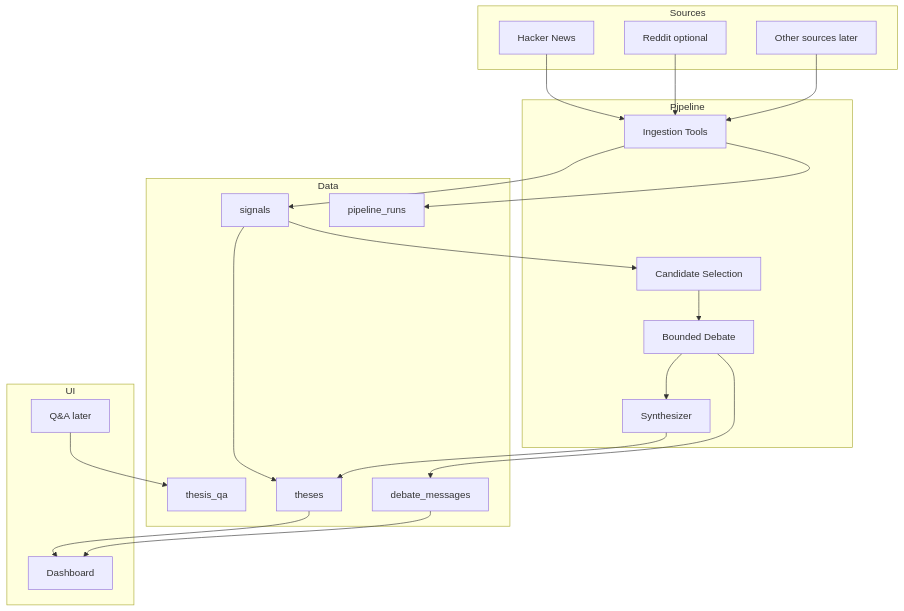
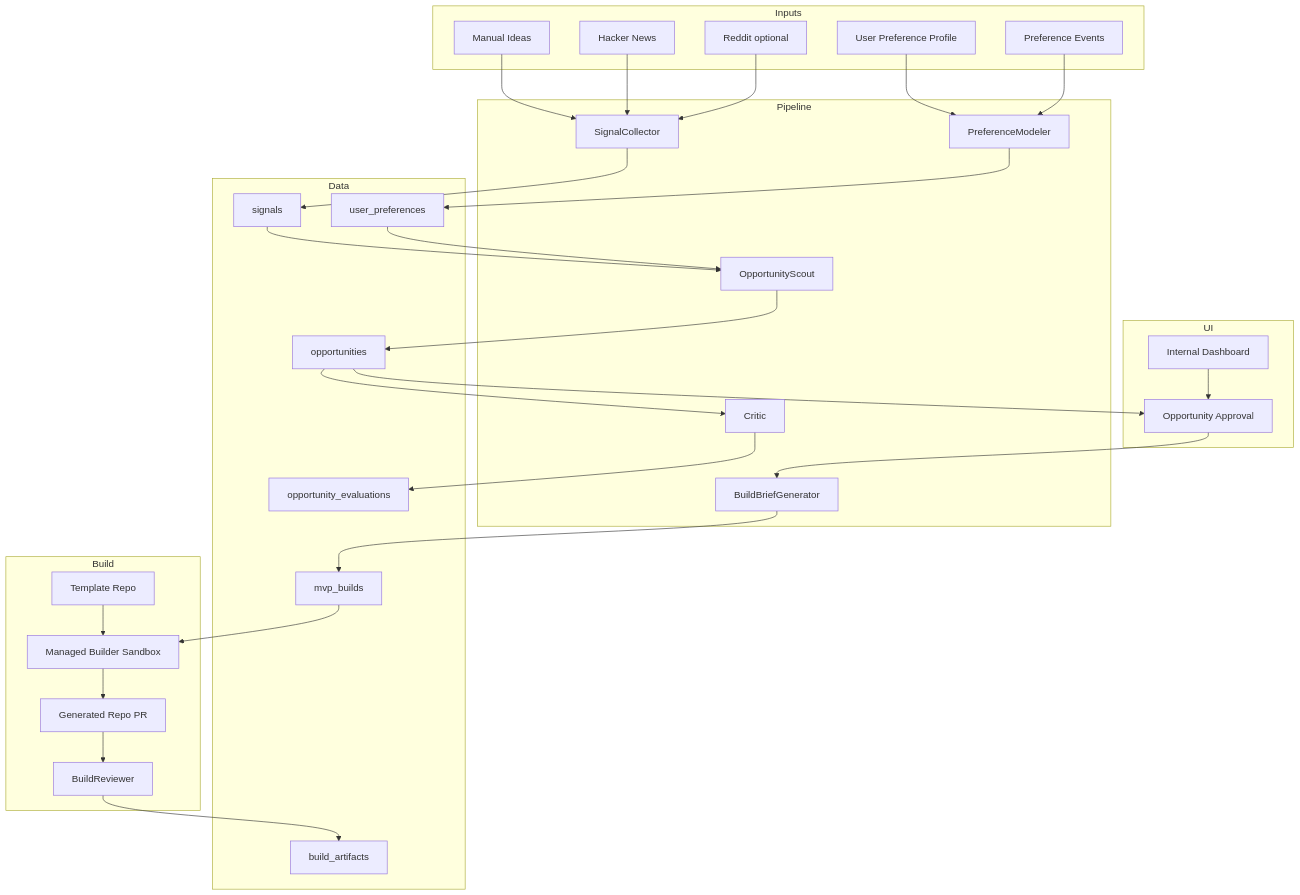
Before and after one commit to nadavital/Forge: the diagram in docs/ARCHITECTURE.md, drawn with Mermaid. The commit also changed other lines of this file and 8 other files, not shown here.

Commit message:
Pivot docs to MVP builder

````diff
--- a/docs/ARCHITECTURE.md
+++ b/docs/ARCHITECTURE.md
@@ -13,43 +14,61 @@
 ```mermaid
 flowchart TB
-    subgraph Sources
+    subgraph Inputs
+        Manual["Manual Ideas"]
         HN["Hacker News"]
         RD["Reddit optional"]
-        Other["Other sources later"]
+        Profile["User Preference Profile"]
+        Events["Preference Events"]
     end
 
     subgraph Pipeline
-        Ingest["Ingestion Tools"]
-        Select["Candidate Selection"]
-        Debate["Bounded Debate"]
-        Synth["Synthesizer"]
+        Collect["SignalCollector"]
+        Model["PreferenceModeler"]
+        Scout["OpportunityScout"]
+        Critic["Critic"]
+        Brief["BuildBriefGenerator"]
     end
 
     subgraph Data
-        Runs["pipeline_runs"]
+        Prefs["user_preferences"]
         Signals["signals"]
-        Theses["theses"]
-        Messages["debate_messages"]
-        QA["thesis_qa"]
+        Opps["opportunities"]
+        Evals["opportunity_evaluations"]
+        Builds["mvp_builds"]
+        Artifacts["build_artifacts"]
+    end
+
+    subgraph Build
+        Template["Template Repo"]
+        Sandbox["Managed Builder Sandbox"]
+        PR["Generated Repo PR"]
+        Review["BuildReviewer"]
     end
 
     subgraph UI
-        Dashboard["Dashboard"]
-        Ask["Q&A later"]
+        Dashboard["Internal Dashboard"]
+        Approval["Opportunity Approval"]
     end
 
-    HN --> Ingest
-    RD --> Ingest
-    Other --> Ingest
-    Ingest --> Runs
-    Ingest --> Signals
-    Signals --> Select
-    Select --> Debate
-    Debate --> Messages
-    Debate --> Synth
-    Synth --> Theses
-    Signals --> Theses
-    Theses --> Dashboard
-    Messages --> Dashboard
-    Ask --> QA
+    Manual --> Collect
+    HN --> Collect
+    RD --> Collect
+    Profile --> Model
+    Events --> Model
+    Collect --> Signals
+    Model --> Prefs
+    Signals --> Scout
+    Prefs --> Scout
+    Scout --> Opps
+    Opps --> Critic
+    Critic --> Evals
+    Dashboard --> Approval
+    Opps --> Approval
+    Approval --> Brief
+    Brief --> Builds
+    Template --> Sandbox
+    Builds --> Sandbox
+    Sandbox --> PR
+    PR --> Review
+    Review --> Artifacts
 ```
````
